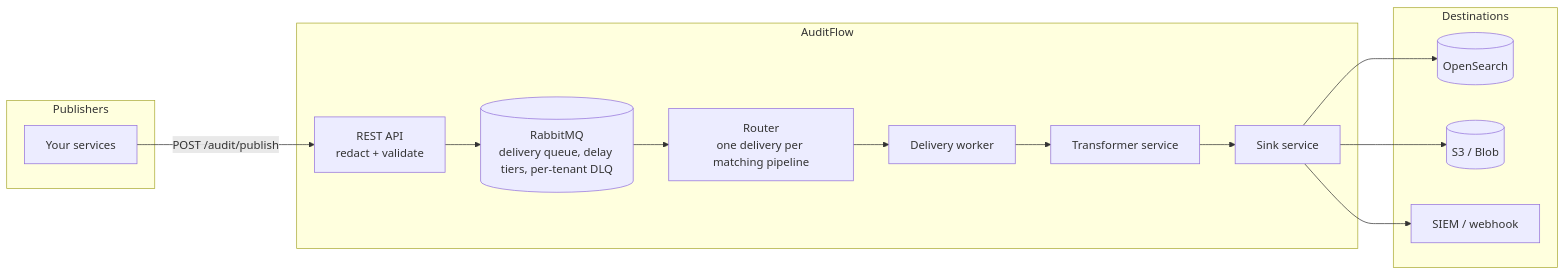
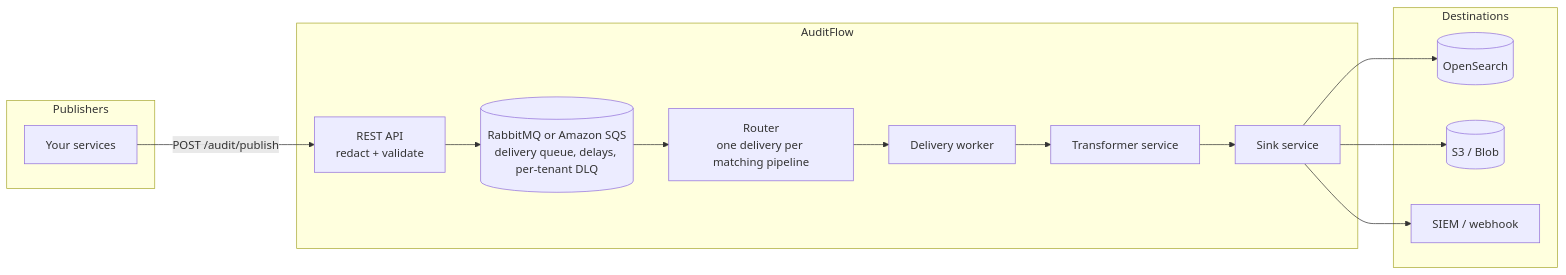
Before and after one commit to Labs64/labs64.io-docs: the diagram in modules/auditflow/index.md, drawn with Mermaid. The commit also changed other lines of this file and 7 other files, not shown here.

Commit message:
Enable AWS SQS additionally to the RabbitMQ as broker

````diff
--- a/modules/auditflow/index.md
+++ b/modules/auditflow/index.md
@@ -32,27 +32,27 @@
 ```mermaid
 flowchart LR
     subgraph Publishers
         S1[Your services]
     end
 
     subgraph AuditFlow
         API[REST API<br/>redact + validate]
-        MQ[(RabbitMQ<br/>delivery queue, delay tiers, per-tenant DLQ)]
+        MQ[(RabbitMQ or Amazon SQS<br/>delivery queue, delays, per-tenant DLQ)]
         R[Router<br/>one delivery per matching pipeline]
         W[Delivery worker]
         T[Transformer service]
         K[Sink service]
     end
 
     subgraph Destinations
         D1[(OpenSearch)]
         D2[(S3 / Blob)]
         D3[SIEM / webhook]
     end
 
     S1 -->|POST /audit/publish| API --> MQ --> R --> W
     W --> T --> K
     K --> D1
     K --> D2
     K --> D3
 ```
````
